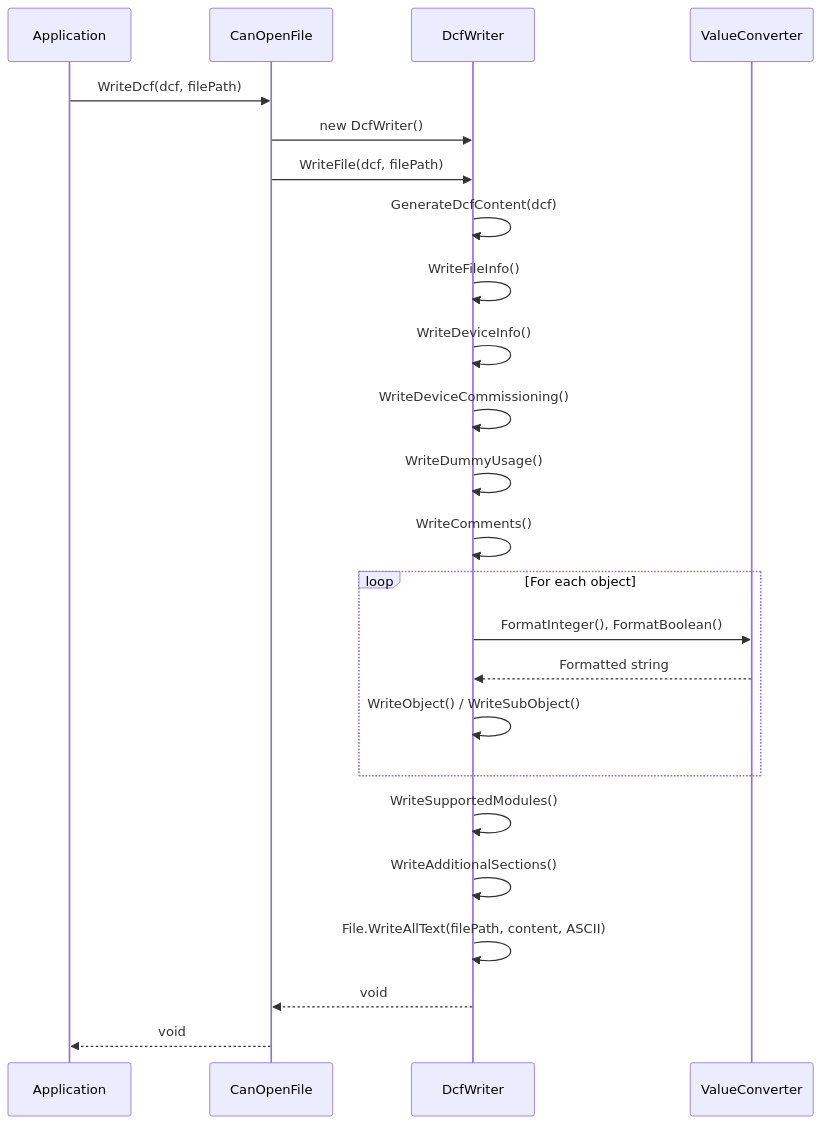
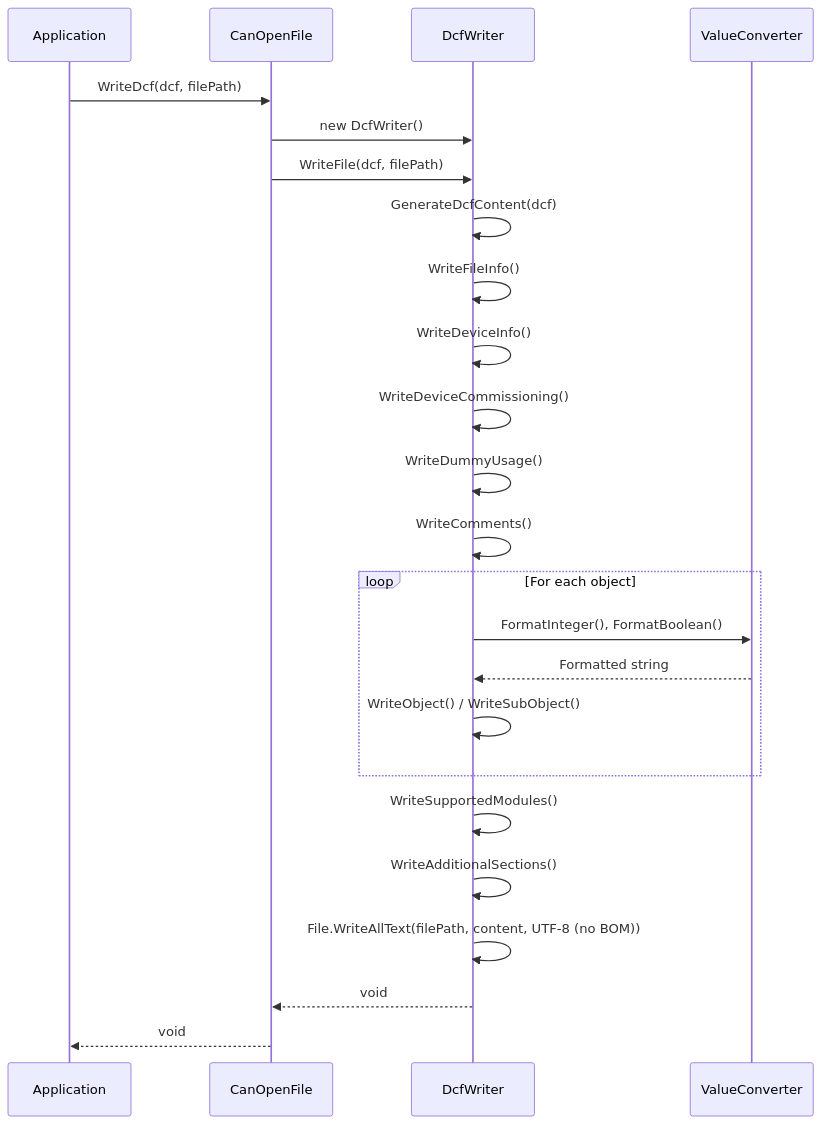
One commit to dborgards/eds-dcf-net changed the third of 7 diagrams in docs/architecture/06-runtime-view.md. Above: the diagram before and after it, drawn with Mermaid. The commit also changed other lines of this file and 7 other files, not shown here.

````diff
--- a/docs/architecture/06-runtime-view.md
+++ b/docs/architecture/06-runtime-view.md
@@ -59,31 +59,31 @@
 ```mermaid
 sequenceDiagram
     participant App as Application
     participant CF as CanOpenFile
     participant DW as DcfWriter
     participant VC as ValueConverter
 
     App->>CF: WriteDcf(dcf, filePath)
     CF->>DW: new DcfWriter()
     CF->>DW: WriteFile(dcf, filePath)
     DW->>DW: GenerateDcfContent(dcf)
 
     DW->>DW: WriteFileInfo()
     DW->>DW: WriteDeviceInfo()
     DW->>DW: WriteDeviceCommissioning()
     DW->>DW: WriteDummyUsage()
     DW->>DW: WriteComments()
 
     loop For each object
         DW->>VC: FormatInteger(), FormatBoolean()
         VC-->>DW: Formatted string
         DW->>DW: WriteObject() / WriteSubObject()
     end
 
     DW->>DW: WriteSupportedModules()
     DW->>DW: WriteAdditionalSections()
-    DW->>DW: File.WriteAllText(filePath, content, ASCII)
+    DW->>DW: File.WriteAllText(filePath, content, UTF-8 (no BOM))
 
     DW-->>CF: void
     CF-->>App: void
 ```
````
